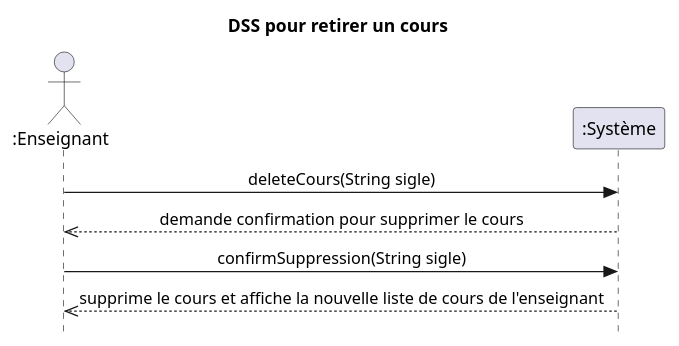
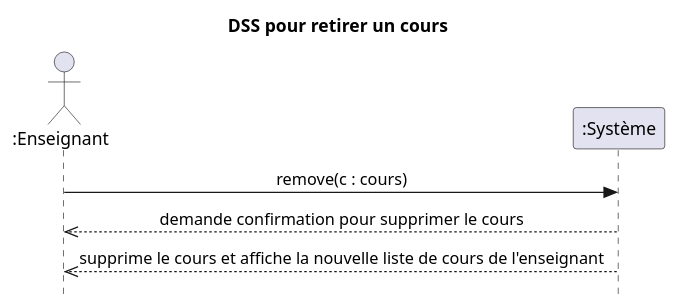
The diagram in docs/modeles/dss-CU01c.puml (IshakMegatli1/MoodleCopy), drawn with PlantUML before and after one commit. The commit also changed 17 other files, not shown here.

```diff
--- a/docs/modeles/dss-CU01c.puml
+++ b/docs/modeles/dss-CU01c.puml
@@ -1,16 +1,15 @@
 @startuml
 
 skinparam style strictuml
 skinparam defaultfontname Verdana
 skinparam sequence {
     MessageAlign center
 }
 title DSS pour retirer un cours
 actor ":Enseignant" as c
 participant ":Système" as s
-c->s : deleteCours(String sigle)
+c->s : remove(c : cours)
 c<<--s : demande confirmation pour supprimer le cours
-c->s : confirmSuppression(String sigle)
 c<<--s : supprime le cours et affiche la nouvelle liste de cours de l'enseignant
 
 @enduml
```
